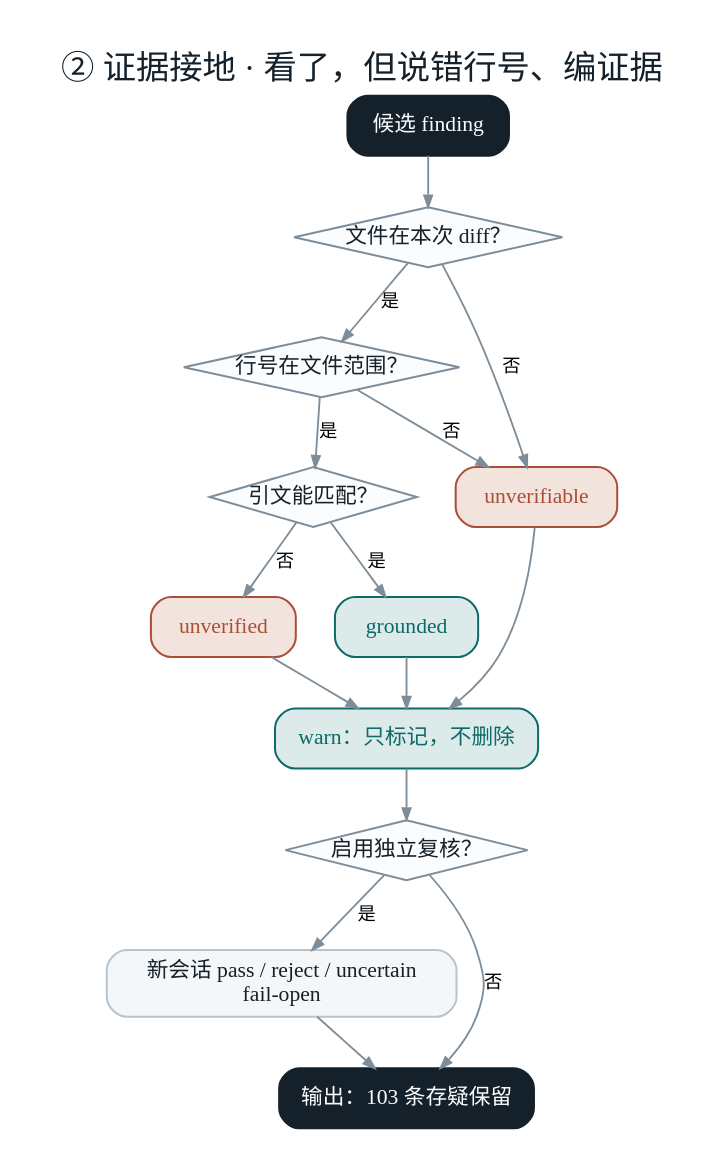
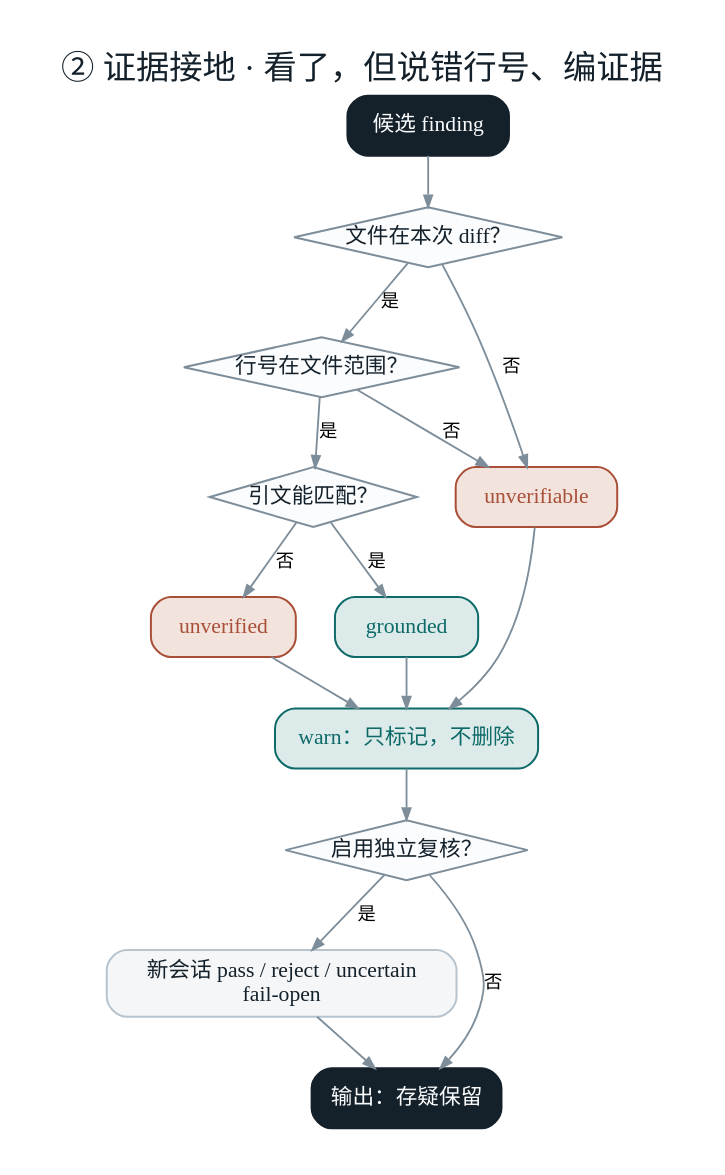
One commit to ffanwei/ReviewAgent-pi changed the diagram in .scratch/blog/diagrams/flow-2-evidence.dot. Above: the diagram before and after it, drawn with Graphviz. The commit also changed 7 other files, not shown here.

First line of the commit message:
docs(blog): 证据图去掉 103 条具体数字

```diff
--- a/.scratch/blog/diagrams/flow-2-evidence.dot
+++ b/.scratch/blog/diagrams/flow-2-evidence.dot
@@ -1,32 +1,32 @@
 digraph G {
   graph [bgcolor="#FFFFFF", fontname="Microsoft YaHei", rankdir=TB, nodesep=0.32, ranksep=0.42, pad=0.28, label="② 证据接地 · 看了，但说错行号、编证据", labelloc=t, labeljust=l, fontsize=20, fontcolor="#14212B"];
   node [fontname="Microsoft YaHei", fontsize=13, shape=box, style="rounded,filled", fillcolor="#F4F6F8", color="#B7C4CE", fontcolor="#14212B", penwidth=1.2, margin="0.16,0.09"];
   edge [fontname="Microsoft YaHei", fontsize=11, color="#7D8D99", arrowsize=0.7, penwidth=1.1];
 
   start [label="候选 finding", fillcolor="#14212B", color="#14212B", fontcolor="#FBFCFD"];
   d1 [label="文件在本次 diff？", shape=diamond, style="filled", fillcolor="#FBFCFD", color="#7D8D99", margin="0.02,0.02"];
   d2 [label="行号在文件范围？", shape=diamond, style="filled", fillcolor="#FBFCFD", color="#7D8D99", margin="0.02,0.02"];
   d3 [label="引文能匹配？", shape=diamond, style="filled", fillcolor="#FBFCFD", color="#7D8D99", margin="0.02,0.02"];
   bad1 [label="unverifiable", fillcolor="#F3E3DD", color="#A94F37", fontcolor="#A94F37"];
   bad2 [label="unverified", fillcolor="#F3E3DD", color="#A94F37", fontcolor="#A94F37"];
   good [label="grounded", fillcolor="#DCEBE9", color="#0D6A68", fontcolor="#0D6A68"];
   warn [label="warn：只标记，不删除", fillcolor="#DCEBE9", color="#0D6A68", fontcolor="#0D6A68"];
   d4 [label="启用独立复核？", shape=diamond, style="filled", fillcolor="#FBFCFD", color="#7D8D99", margin="0.02,0.02"];
   verify [label="新会话 pass / reject / uncertain\nfail-open"];
-  end [label="输出：103 条存疑保留", fillcolor="#14212B", color="#14212B", fontcolor="#FBFCFD"];
+  end [label="输出：存疑保留", fillcolor="#14212B", color="#14212B", fontcolor="#FBFCFD"];
 
   start -> d1;
   d1 -> bad1 [label="否"];
   d1 -> d2 [label="是"];
   d2 -> bad1 [label="否"];
   d2 -> d3 [label="是"];
   d3 -> good [label="是"];
   d3 -> bad2 [label="否"];
   bad1 -> warn;
   bad2 -> warn;
   good -> warn;
   warn -> d4;
   d4 -> end [label="否"];
   d4 -> verify [label="是"];
   verify -> end;
 }
```
